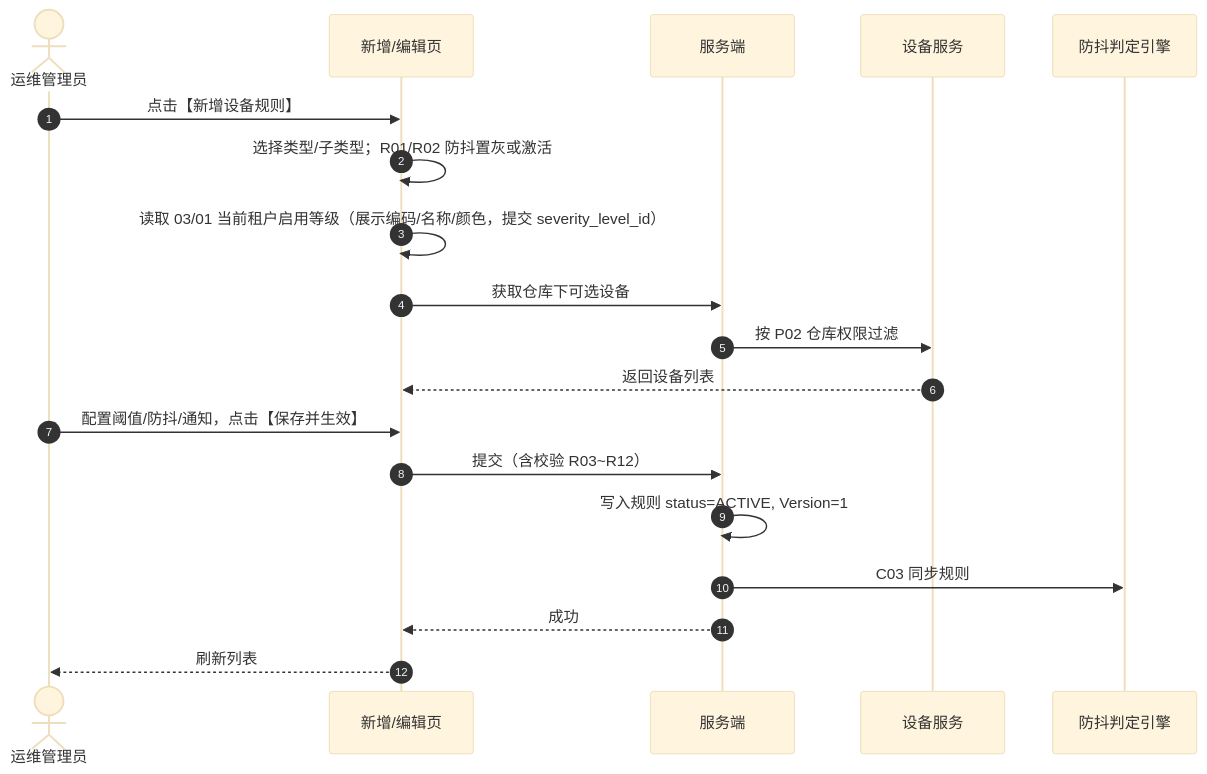
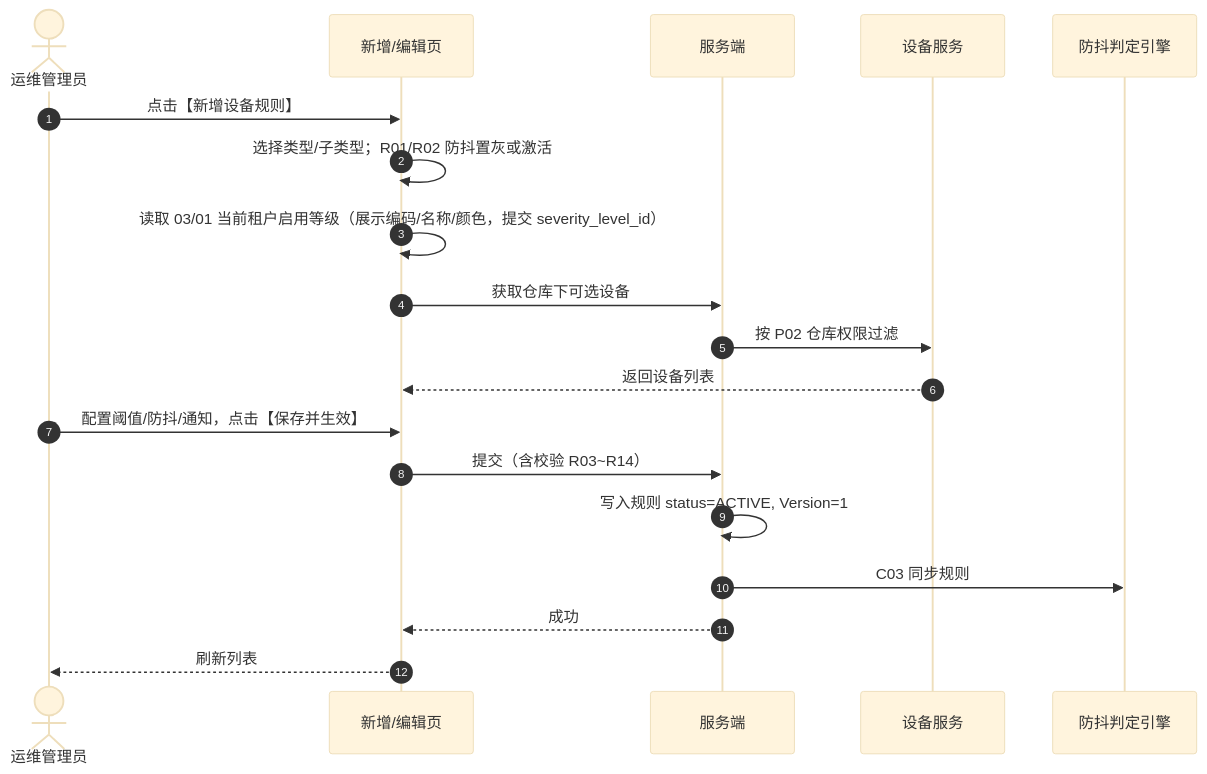
The second of 4 diagrams in 02-PRD文档/B-迭代需求/6.2版本（2026.08）/03-预警配置/02设备预警配置/设备预警配置业务规则规格.md (RobertHuang999/SYZC), drawn with Mermaid (base theme) before and after one commit. The commit also changed other lines of this file and 10 other files, not shown here.

````diff
--- a/02-PRD文档/B-迭代需求/6.2版本（2026.08）/03-预警配置/02设备预警配置/设备预警配置业务规则规格.md
+++ b/02-PRD文档/B-迭代需求/6.2版本（2026.08）/03-预警配置/02设备预警配置/设备预警配置业务规则规格.md
@@ -277,22 +284,22 @@
 ```mermaid
 sequenceDiagram
     autonumber
     actor Admin as 运维管理员
     participant FE as 新增/编辑页
     participant API as 服务端
     participant DEV as 设备服务
     participant ENGINE as 防抖判定引擎
 
     Admin->>FE: 点击【新增设备规则】
     FE->>FE: 选择类型/子类型；R01/R02 防抖置灰或激活
     FE->>FE: 读取 03/01 当前租户启用等级（展示编码/名称/颜色，提交 severity_level_id）
     FE->>API: 获取仓库下可选设备
     API->>DEV: 按 P02 仓库权限过滤
     DEV-->>FE: 返回设备列表
     Admin->>FE: 配置阈值/防抖/通知，点击【保存并生效】
-    FE->>API: 提交（含校验 R03~R12）
+    FE->>API: 提交（含校验 R03~R14）
     API->>API: 写入规则 status=ACTIVE, Version=1
     API->>ENGINE: C03 同步规则
     API-->>FE: 成功
     FE-->>Admin: 刷新列表
 ```
````
